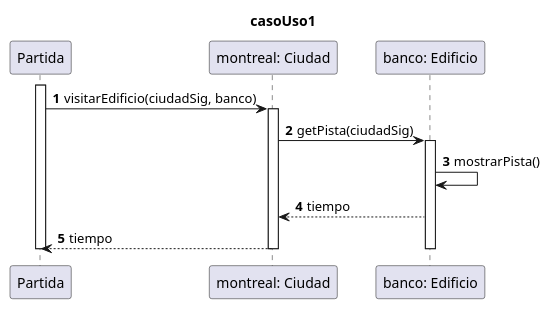
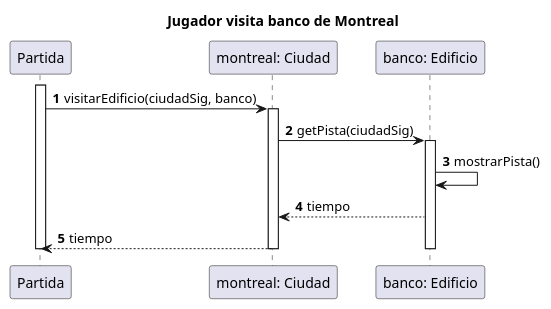
One commit to alexguttlein/TP2-CarmenSandiego changed the diagram in diagrams/sequences/Entrega1/casoUso1.puml. Above: the diagram before and after it, drawn with PlantUML. The commit also changed 2 other files, not shown here.

```diff
--- a/diagrams/sequences/Entrega1/casoUso1.puml
+++ b/diagrams/sequences/Entrega1/casoUso1.puml
@@ -1,17 +1,17 @@
 @startuml
 
 autonumber
-title casoUso1
+title "Jugador visita banco de Montreal"
 activate Partida
 Partida -> "montreal: Ciudad": visitarEdificio(ciudadSig, banco)
 activate "montreal: Ciudad"
 "montreal: Ciudad" -> "banco: Edificio": getPista(ciudadSig)
 activate "banco: Edificio"
 "banco: Edificio" -> "banco: Edificio": mostrarPista()
 "banco: Edificio" --> "montreal: Ciudad": tiempo
 "montreal: Ciudad" --> Partida: tiempo
 
 deactivate "banco: Edificio"
 deactivate "montreal: Ciudad"
 deactivate Partida
 @enduml
```
